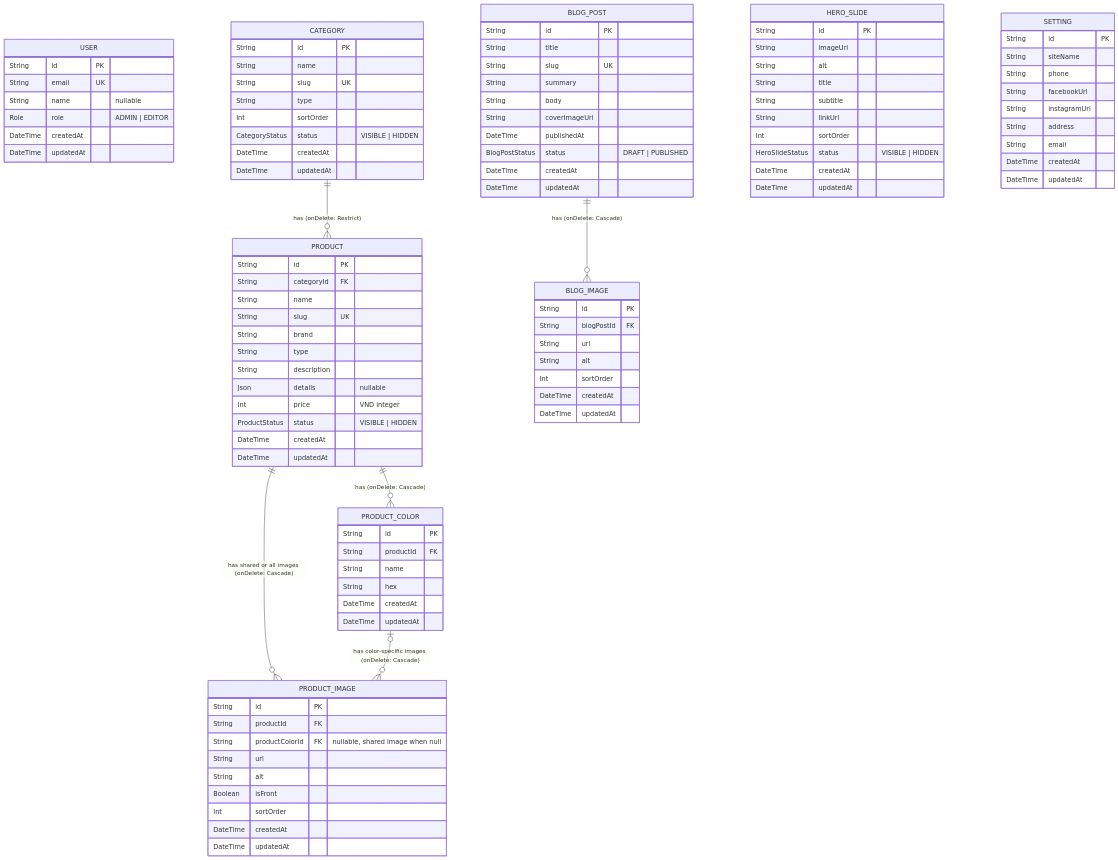
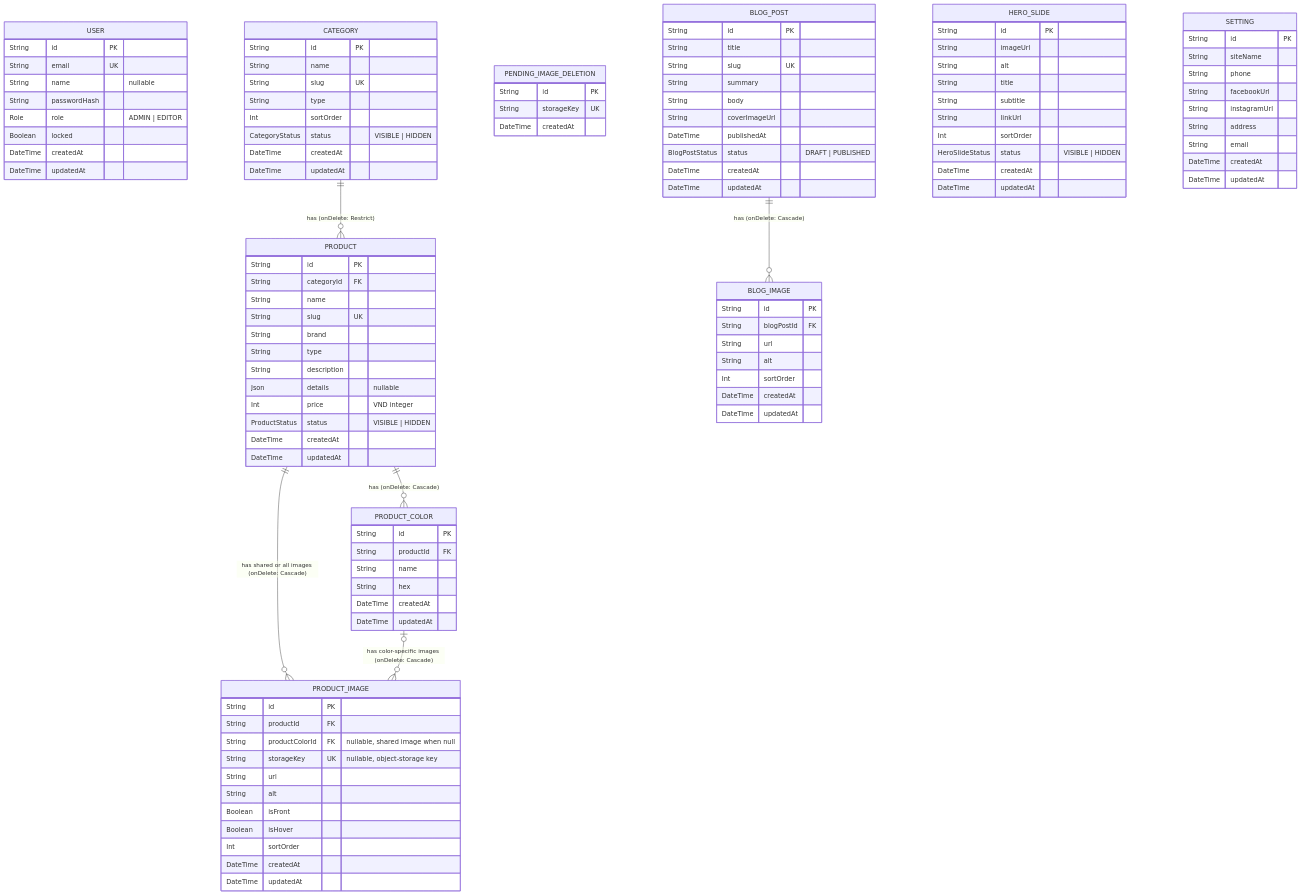
The diagram in docs/ERD.md (khanhtung2410/ant-jewelry), drawn with Mermaid before and after one commit. The commit also changed other lines of this file and 28 other files, not shown here.

```diff
--- a/docs/ERD.md
+++ b/docs/ERD.md
@@ -8,7 +8,9 @@
         String id PK
         String email UK
         String name "nullable"
+        String passwordHash
         Role role "ADMIN | EDITOR"
+        Boolean locked
         DateTime createdAt
         DateTime updatedAt
     }
@@ -52,12 +54,20 @@
         String id PK
         String productId FK
         String productColorId FK "nullable, shared image when null"
+        String storageKey UK "nullable, object-storage key"
         String url
         String alt
         Boolean isFront
+        Boolean isHover
         Int sortOrder
         DateTime createdAt
         DateTime updatedAt
+    }
+
+    PENDING_IMAGE_DELETION {
+        String id PK
+        String storageKey UK
+        DateTime createdAt
     }
 
     BLOG_POST {
```
